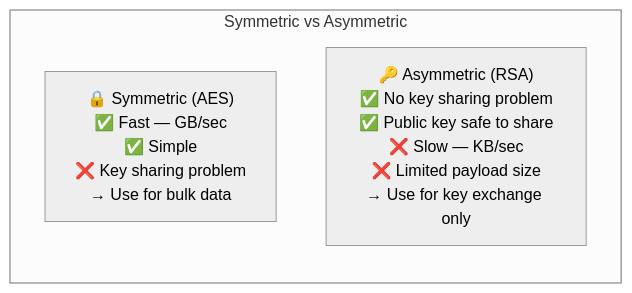
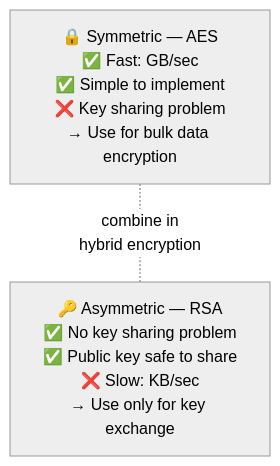
Before and after one commit to csoares/SecurityJava: the second of 3 diagrams in src/main/java/security/encryption/asymmetric/README.md, drawn with Mermaid (neutral theme). The commit also changed other lines of this file and 23 other files, not shown here.

Commit message:
Refine README diagrams and descriptions for clarity and accuracy

````diff
--- a/src/main/java/security/encryption/asymmetric/README.md
+++ b/src/main/java/security/encryption/asymmetric/README.md
@@ -46,7 +46,6 @@
 ```mermaid
-flowchart LR
-    subgraph Comparison ["Symmetric vs Asymmetric"]
-        SYM["🔒 Symmetric (AES)\n✅ Fast — GB/sec\n✅ Simple\n❌ Key sharing problem\n→ Use for bulk data"]
-        ASYM["🔑 Asymmetric (RSA)\n✅ No key sharing problem\n✅ Public key safe to share\n❌ Slow — KB/sec\n❌ Limited payload size\n→ Use for key exchange only"]
-    end
+flowchart TD
+    SYM["🔒 Symmetric — AES<br/>✅ Fast: GB/sec<br/>✅ Simple to implement<br/>❌ Key sharing problem<br/>→ Use for bulk data encryption"]
+    ASYM["🔑 Asymmetric — RSA<br/>✅ No key sharing problem<br/>✅ Public key safe to share<br/>❌ Slow: KB/sec<br/>→ Use only for key exchange"]
+    SYM -.-|"combine in<br/>hybrid encryption"| ASYM
 ```
````
